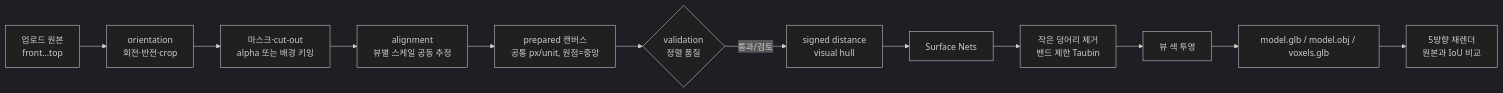
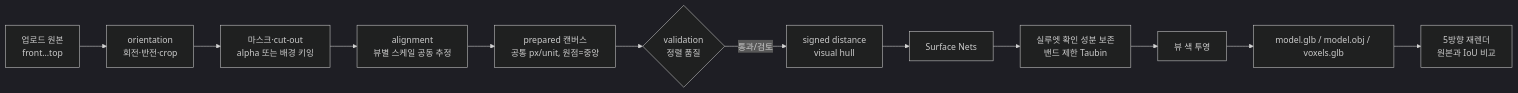
One commit to jngbnss/2dto3d changed the diagram in docs/ARCHITECTURE.md. Above: the diagram before and after it, drawn with Mermaid (dark theme). The commit also changed other lines of this file and 8 other files, not shown here.

````diff
--- a/docs/ARCHITECTURE.md
+++ b/docs/ARCHITECTURE.md
@@ -46,14 +46,14 @@
 ```mermaid
 flowchart LR
   A[업로드 원본<br/>front…top] --> B[orientation<br/>회전·반전·crop]
   B --> C[마스크·cut-out<br/>alpha 또는 배경 키잉]
   C --> D[alignment<br/>뷰별 스케일 공동 추정]
   D --> E[prepared 캔버스<br/>공통 px/unit, 원점=중앙]
   E --> F{validation<br/>정렬 품질}
   F -->|통과/검토| G[signed distance<br/>visual hull]
   G --> H[Surface Nets]
-  H --> I[작은 덩어리 제거<br/>밴드 제한 Taubin]
+  H --> I[실루엣 확인 성분 보존<br/>밴드 제한 Taubin]
   I --> J[뷰 색 투영]
   J --> K[model.glb / model.obj / voxels.glb]
   K --> L[5방향 재렌더<br/>원본과 IoU 비교]
 ```
````
